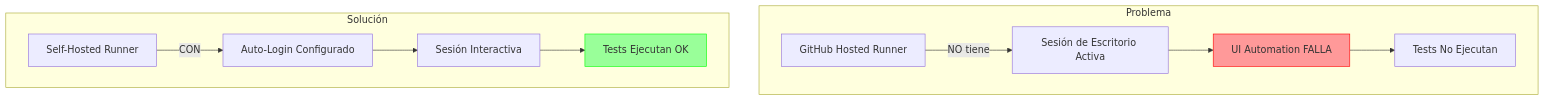
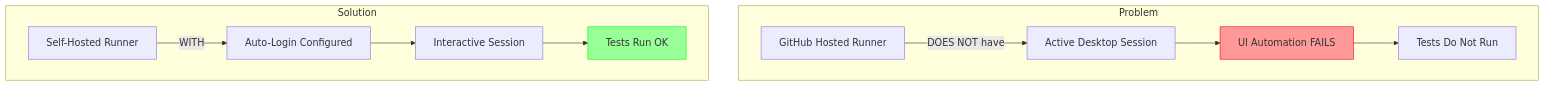
The first of 2 diagrams in website/docs/ci-cd.md (Akradeveloper/Hipos), drawn with Mermaid before and after one commit. The commit also changed other lines of this file and 8 other files, not shown here.

````diff
--- a/website/docs/ci-cd.md
+++ b/website/docs/ci-cd.md
@@ -15,17 +15,17 @@
 ```mermaid
 graph TB
-    subgraph problem[Problema]
-        A[GitHub Hosted Runner] -->|NO tiene| B[Sesión de Escritorio Activa]
-        B --> C[UI Automation FALLA]
-        C --> D[Tests No Ejecutan]
+    subgraph problem[Problem]
+        A[GitHub Hosted Runner] -->|DOES NOT have| B[Active Desktop Session]
+        B --> C[UI Automation FAILS]
+        C --> D[Tests Do Not Run]
     end
     
-    subgraph solution[Solución]
-        E[Self-Hosted Runner] -->|CON| F[Auto-Login Configurado]
-        F --> G[Sesión Interactiva]
-        G --> H[Tests Ejecutan OK]
+    subgraph solution[Solution]
+        E[Self-Hosted Runner] -->|WITH| F[Auto-Login Configured]
+        F --> G[Interactive Session]
+        G --> H[Tests Run OK]
     end
     
     style C fill:#f99,stroke:#f00
     style H fill:#9f9,stroke:#0f0
 ```
````
